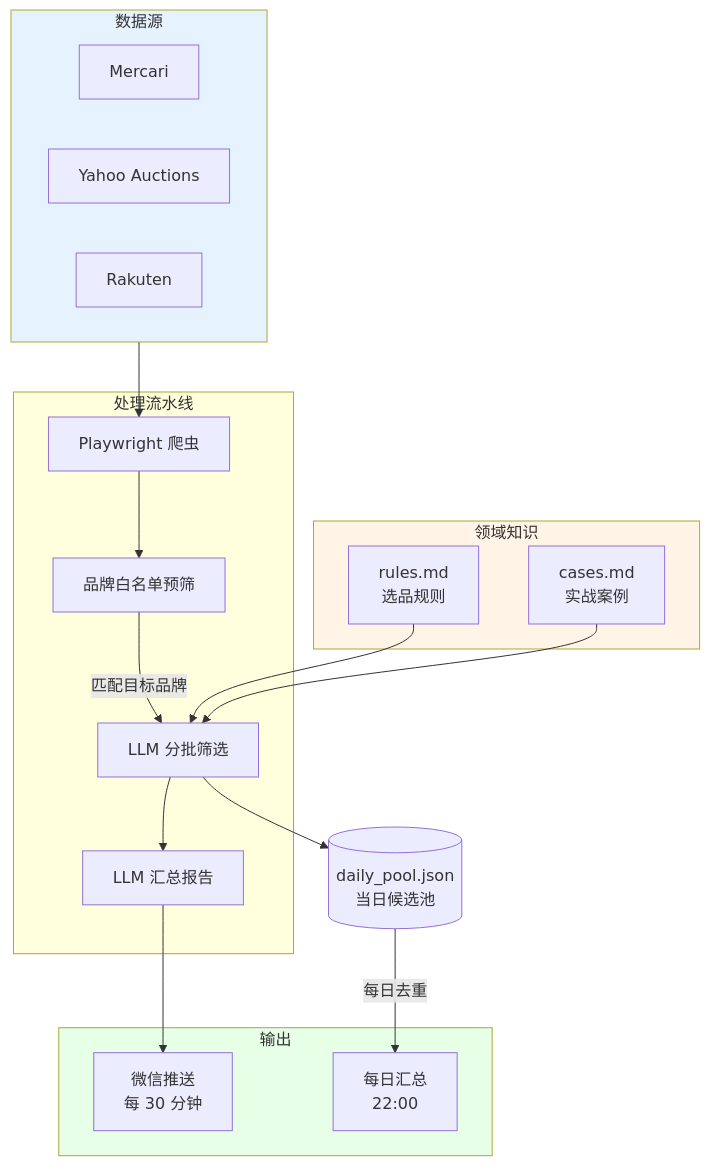
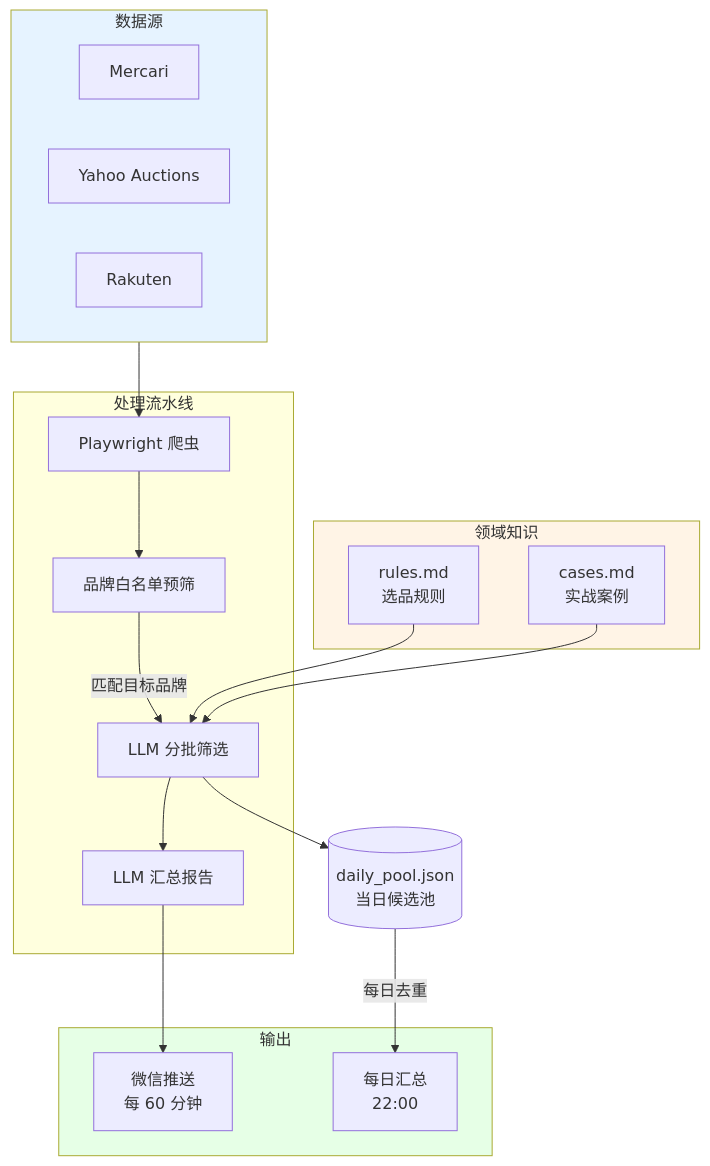
The diagram in README.md (Pine369/kendama-selector), drawn with Mermaid before and after one commit.

Commit message:
docs: 更新readme

````diff
--- a/README.md
+++ b/README.md
@@ -59,41 +59,41 @@
 ```mermaid
 flowchart TB
     subgraph Sources["数据源"]
         A1[Mercari]
         A2[Yahoo Auctions]
         A3[Rakuten]
     end
 
     subgraph Pipeline["处理流水线"]
         B[Playwright 爬虫]
         C[品牌白名单预筛]
         D[LLM 分批筛选]
         E[LLM 汇总报告]
     end
 
     subgraph Knowledge["领域知识"]
         K1[rules.md<br/>选品规则]
         K2[cases.md<br/>实战案例]
     end
 
     subgraph Outputs["输出"]
-        O1[微信推送<br/>每 30 分钟]
+        O1[微信推送<br/>每 60 分钟]
         O2[每日汇总<br/>22:00]
     end
 
     Storage[(daily_pool.json<br/>当日候选池)]
 
     Sources --> B
     B --> C
     C -->|匹配目标品牌| D
     K1 --> D
     K2 --> D
     D --> E
     D --> Storage
     E --> O1
     Storage -->|每日去重| O2
 
     style Knowledge fill:#fff4e6
     style Sources fill:#e6f3ff
     style Outputs fill:#e6ffe6
 ```
````
